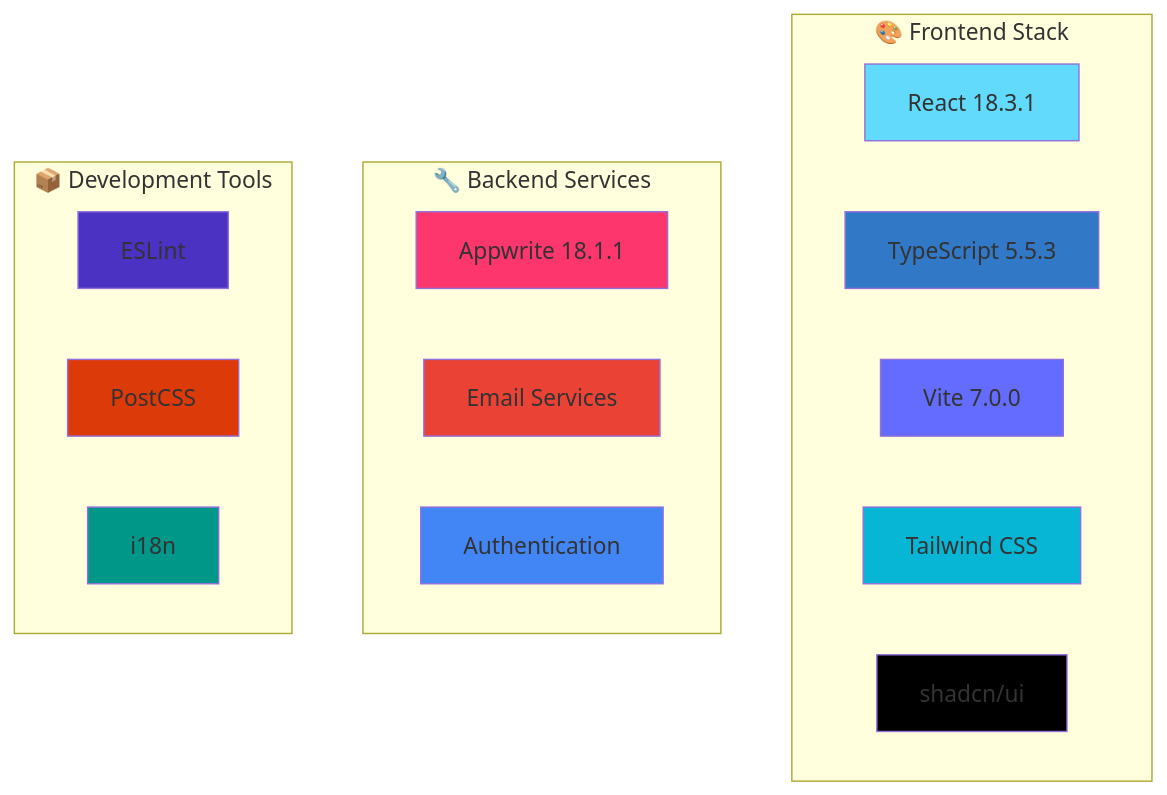
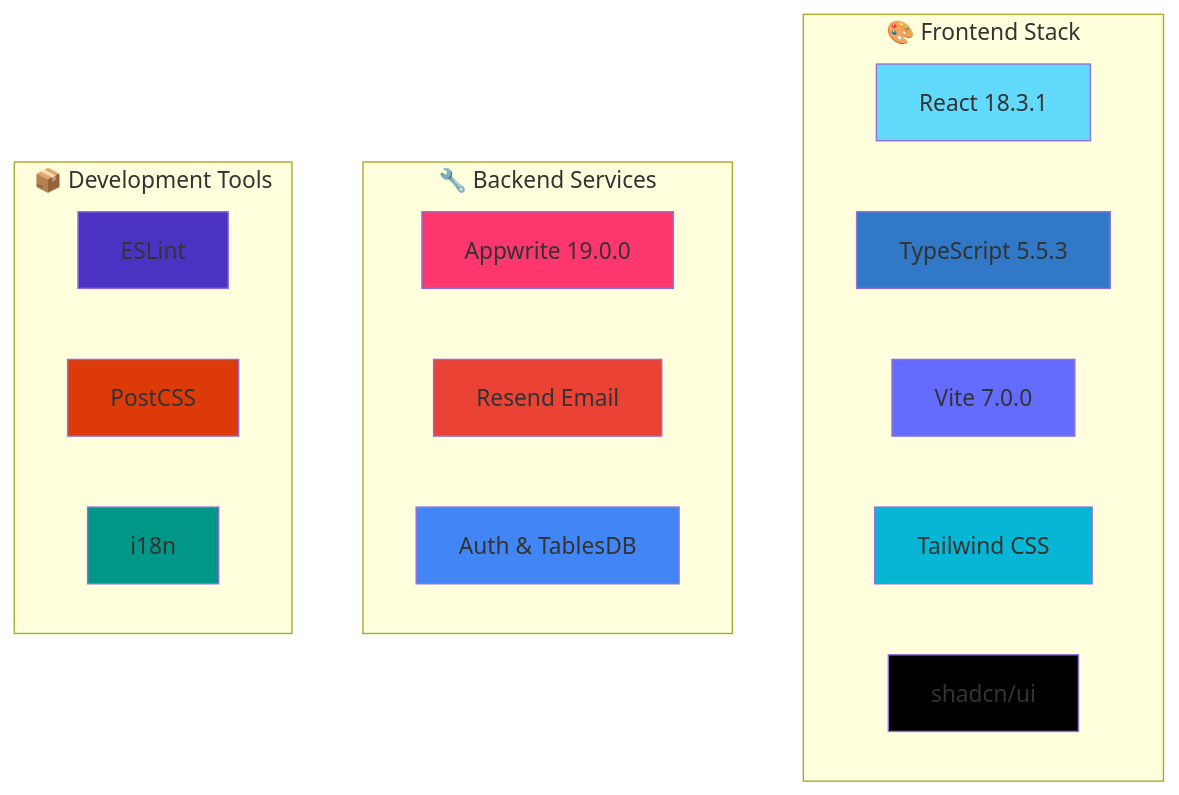
The first of 2 diagrams in README.md (ansonlo-dev/LingUBible), drawn with Mermaid before and after one commit. The commit also changed other lines of this file, not shown here.

````diff
--- a/README.md
+++ b/README.md
@@ -132,34 +104,34 @@
 ```mermaid
 graph TD
     subgraph "🎨 Frontend Stack"
         A[React 18.3.1]
         B[TypeScript 5.5.3]
         C[Vite 7.0.0]
         D[Tailwind CSS]
         E[shadcn/ui]
     end
     
     subgraph "🔧 Backend Services"
-        F[Appwrite 18.1.1]
-        G[Email Services]
-        H[Authentication]
+        F[Appwrite 19.0.0]
+        G[Resend Email]
+        H[Auth & TablesDB]
     end
     
     subgraph "📦 Development Tools"
         I[ESLint]
         J[PostCSS]
         K[i18n]
     end
     
     style A fill:#61dafb
     style B fill:#3178c6
     style C fill:#646cff
     style D fill:#06b6d4
     style E fill:#000000
     style F fill:#fd366e
     style G fill:#ea4335
     style H fill:#4285f4
     style I fill:#4b32c3
     style J fill:#dd3a0a
     style K fill:#009688
 ```
````
